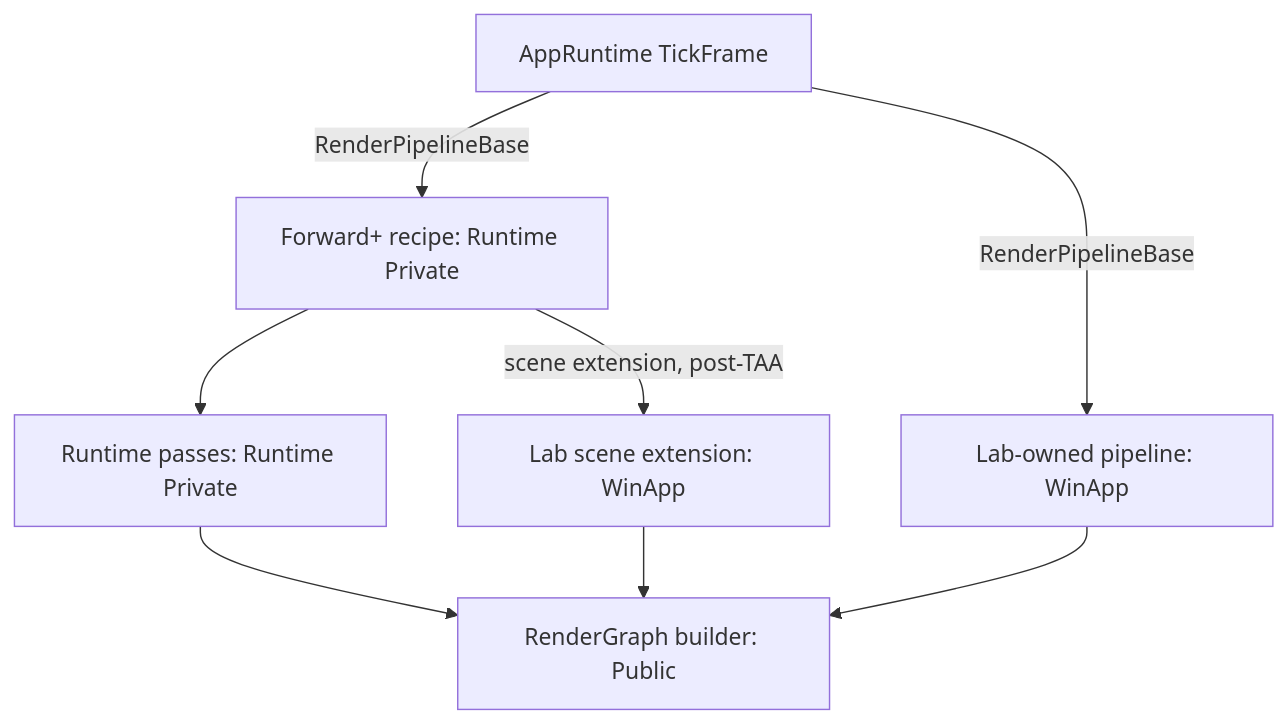
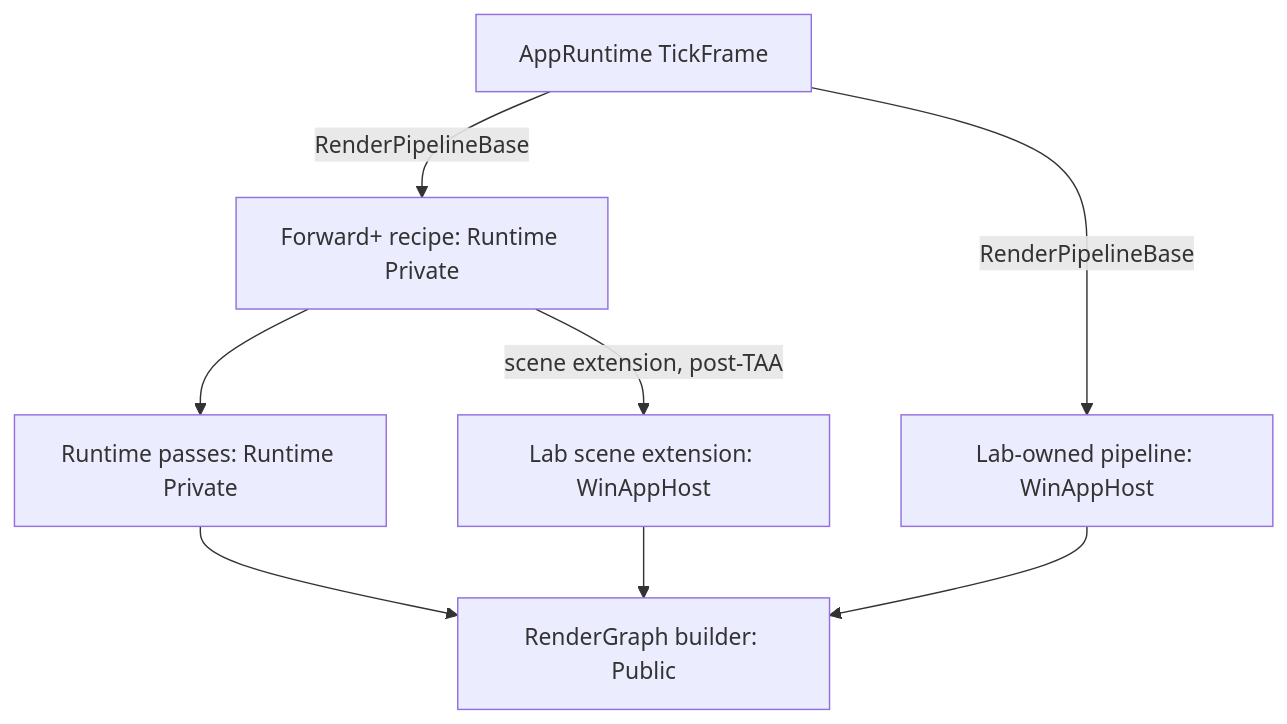
Before and after one commit to airiness/graphics-gadget-lab: the diagram in Docs/Architecture/Runtime_Boundaries_Map.md, drawn with Mermaid. The commit also changed other lines of this file and 10 other files, not shown here.

Commit message:
docs(atlas): simplify architecture maps and maintenance guidance

````diff
--- a/Docs/Architecture/Runtime_Boundaries_Map.md
+++ b/Docs/Architecture/Runtime_Boundaries_Map.md
@@ -19,10 +14,10 @@
 ```mermaid
 flowchart TD
     App[AppRuntime TickFrame] -->|RenderPipelineBase| Recipe[Forward+ recipe: Runtime Private]
-    App -->|RenderPipelineBase| LabPipeline[Lab-owned pipeline: WinApp]
+    App -->|RenderPipelineBase| LabPipeline[Lab-owned pipeline: WinAppHost]
     Recipe --> RuntimePasses[Runtime passes: Runtime Private]
-    Recipe -->|scene extension, post-TAA| Extension[Lab scene extension: WinApp]
+    Recipe -->|scene extension, post-TAA| Extension[Lab scene extension: WinAppHost]
     RuntimePasses --> Graph[RenderGraph builder: Public]
     Extension --> Graph
     LabPipeline --> Graph
 ```
````
